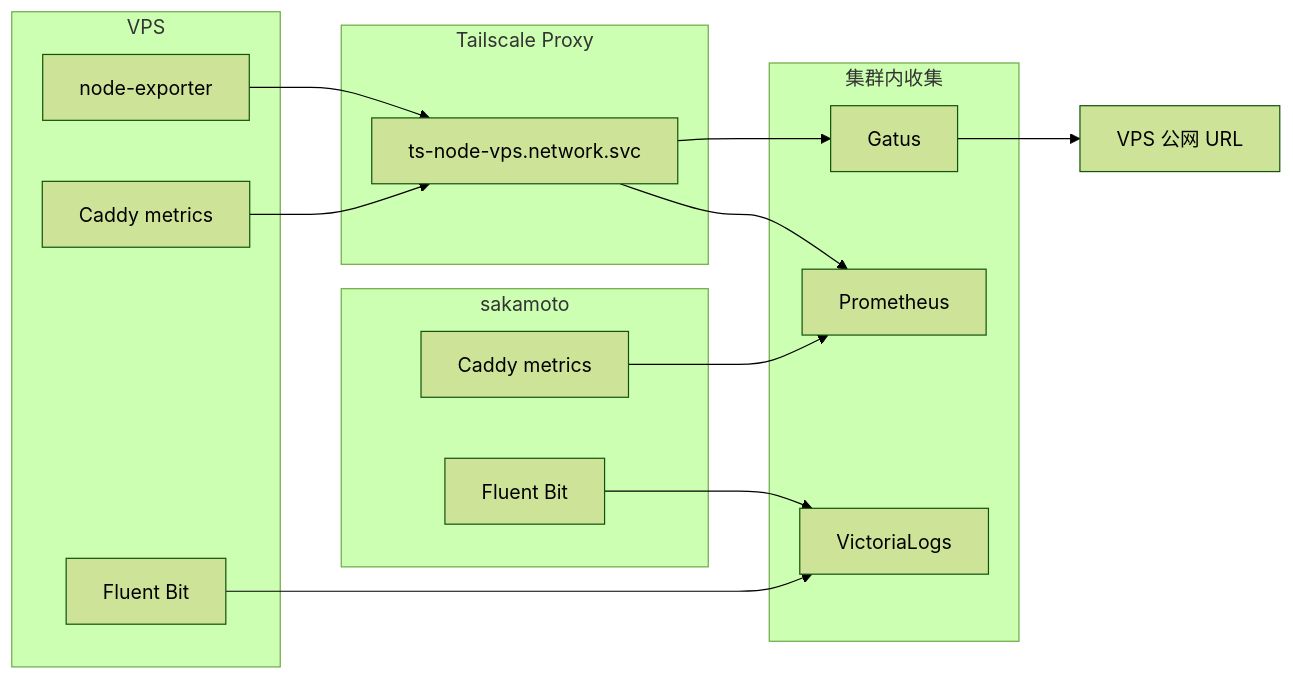
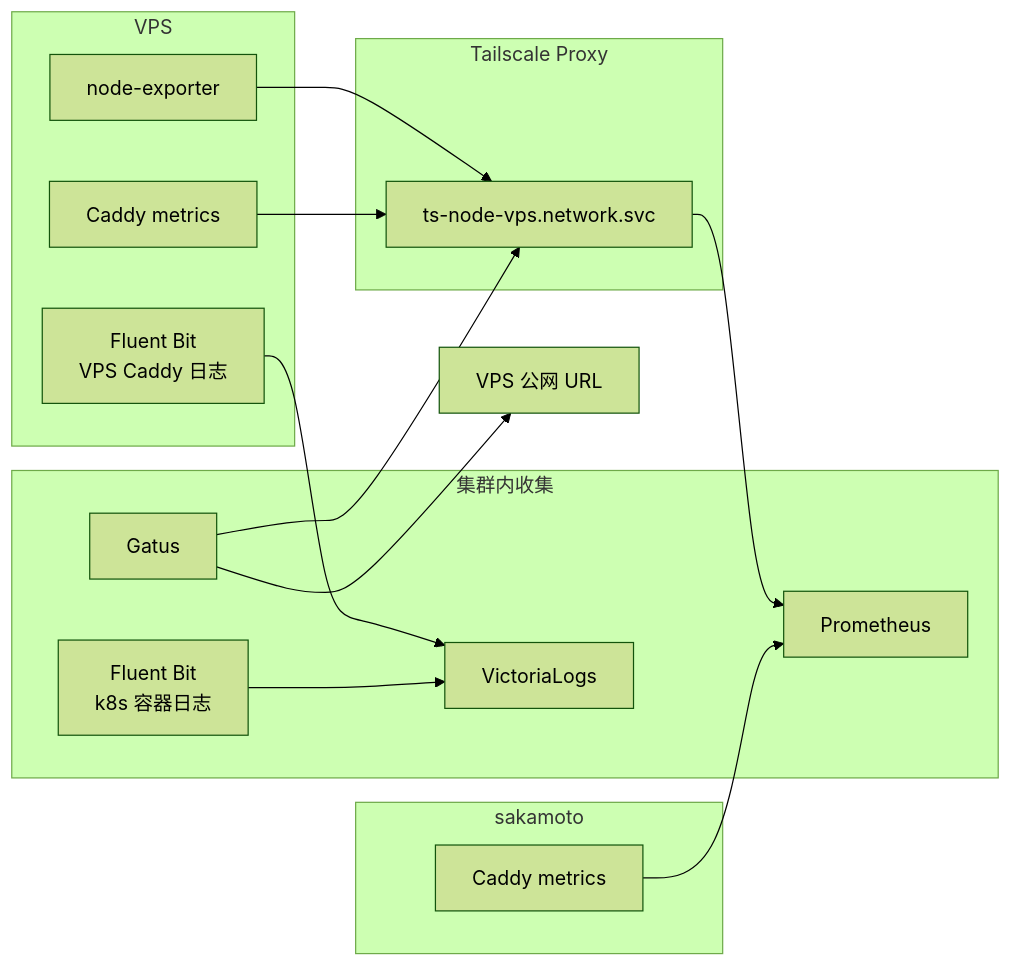
Before and after one commit to shelken/home-ops: the seventh of 8 diagrams in docs/ARCHITECTURE.md, drawn with Mermaid (forest theme). The commit also changed other lines of this file and 1 other file, not shown here.

First line of the commit message:
docs: 校准架构文档与历史架构图说明

````diff
--- a/docs/ARCHITECTURE.md
+++ b/docs/ARCHITECTURE.md
@@ -264,34 +274,34 @@
 ```mermaid
 graph LR
     subgraph VPS["VPS"]
         NE_VPS["node-exporter"]
         CADDY_VPS["Caddy metrics"]
-        FB_VPS["Fluent Bit"]
+        FB_VPS["Fluent Bit<br/>VPS Caddy 日志"]
     end
 
     subgraph SAKAMOTO["sakamoto"]
         CADDY_SAKA["Caddy metrics"]
-        FB_SAKA["Fluent Bit"]
     end
 
     subgraph TS_PROXY["Tailscale Proxy"]
         TS_SVC["ts-node-vps.network.svc"]
     end
 
     subgraph COLLECT["集群内收集"]
         Prometheus["Prometheus"]
         VL["VictoriaLogs"]
         Gatus["Gatus"]
+        FB_K8S["Fluent Bit<br/>k8s 容器日志"]
     end
 
     NE_VPS --> TS_SVC
     CADDY_VPS --> TS_SVC
     TS_SVC --> Prometheus
     CADDY_SAKA --> Prometheus
 
     FB_VPS --> VL
-    FB_SAKA --> VL
+    FB_K8S --> VL
 
-    TS_SVC --> Gatus
+    Gatus --> TS_SVC
     Gatus --> VPS_Public["VPS 公网 URL"]
 ```
````
